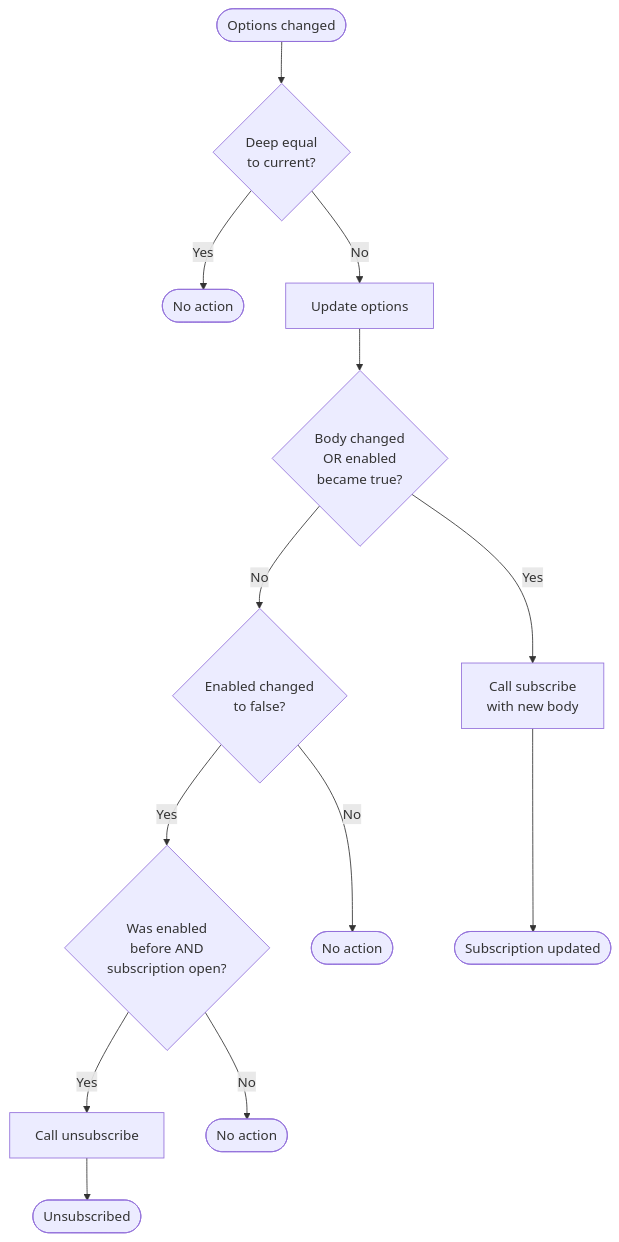
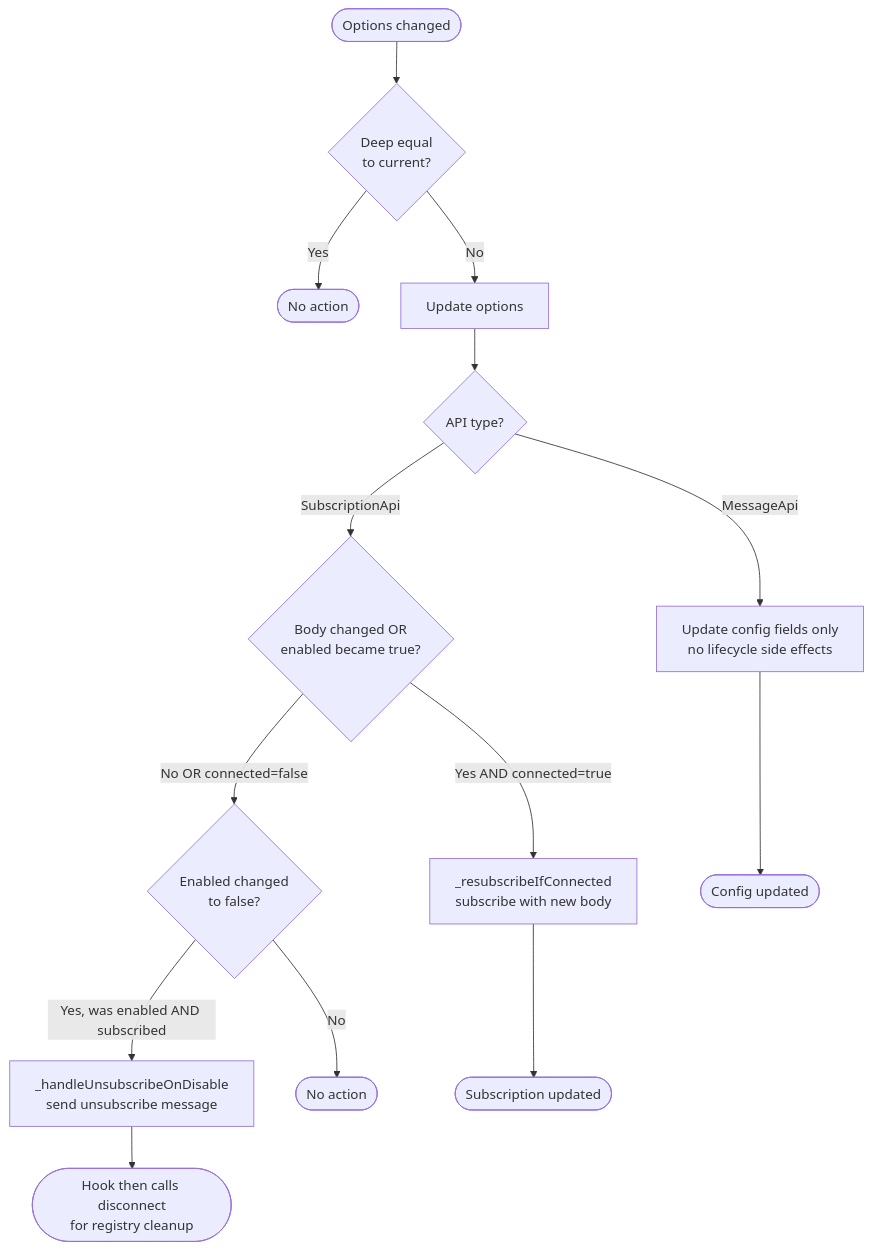
The ninth of 10 diagrams in src/lib/WEBSOCKET_CONNECTION.md (max-troost-io/use-websockets), drawn with Mermaid before and after one commit. The commit also changed other lines of this file and 18 other files, not shown here.

First line of the commit message:
Refactor WebSocket API: Enhance options management and lifecycle handling

````diff
--- a/src/lib/WEBSOCKET_CONNECTION.md
+++ b/src/lib/WEBSOCKET_CONNECTION.md
@@ -411,21 +401,22 @@
 ```mermaid
 flowchart TD
     Start([Options changed]) --> CheckEqual{Deep equal<br/>to current?}
 
     CheckEqual -->|Yes| End1([No action])
     CheckEqual -->|No| UpdateOptions[Update options]
 
-    UpdateOptions --> CheckBody{Body changed<br/>OR enabled<br/>became true?}
+    UpdateOptions --> ApiType{API type?}
 
-    CheckBody -->|Yes| Subscribe[Call subscribe<br/>with new body]
-    CheckBody -->|No| CheckDisable{Enabled changed<br/>to false?}
+    ApiType -->|SubscriptionApi| CheckConnected{Body changed OR<br/>enabled became true?}
+    ApiType -->|MessageApi| UpdateFields[Update config fields only<br/>no lifecycle side effects]
 
-    CheckDisable -->|Yes| CheckWasEnabled{Was enabled<br/>before AND<br/>subscription open?}
+    CheckConnected -->|Yes AND connected=true| Resubscribe[_resubscribeIfConnected<br/>subscribe with new body]
+    CheckConnected -->|No OR connected=false| CheckDisable{Enabled changed<br/>to false?}
+
+    CheckDisable -->|Yes, was enabled AND subscribed| Unsubscribe[_handleUnsubscribeOnDisable<br/>send unsubscribe message]
     CheckDisable -->|No| End3([No action])
 
-    CheckWasEnabled -->|Yes| Unsubscribe[Call unsubscribe]
-    CheckWasEnabled -->|No| End4([No action])
-
-    Subscribe --> End6([Subscription updated])
-    Unsubscribe --> End7([Unsubscribed])
+    Resubscribe --> End6([Subscription updated])
+    Unsubscribe --> End7([Hook then calls disconnect<br/>for registry cleanup])
+    UpdateFields --> End8([Config updated])
 ```
````
